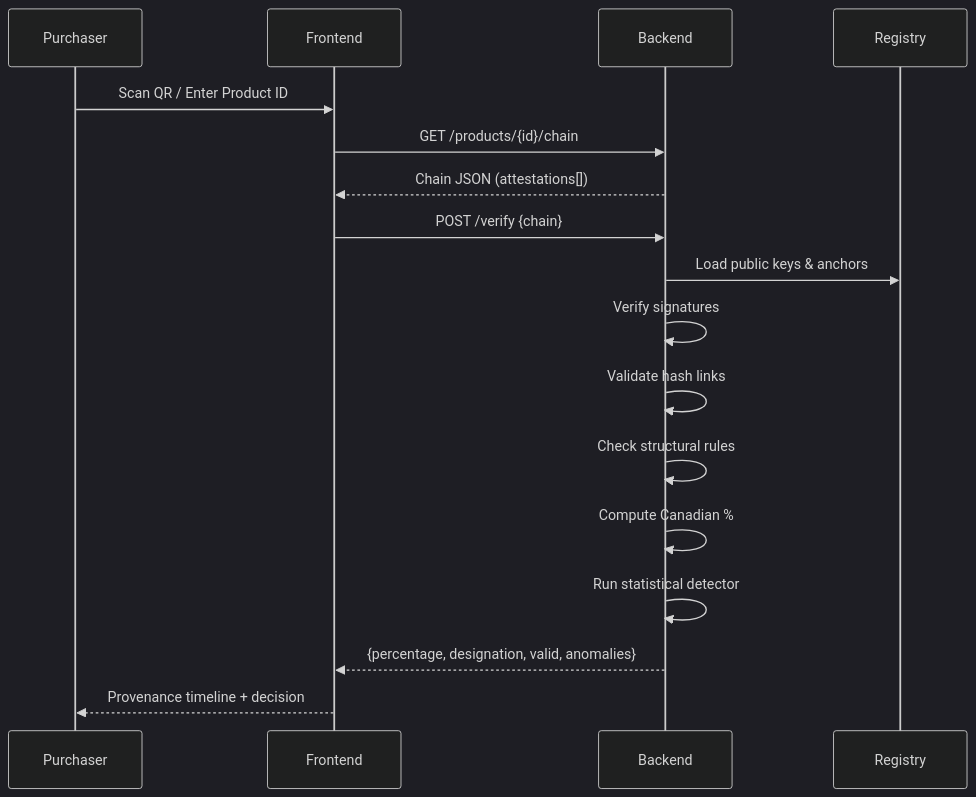
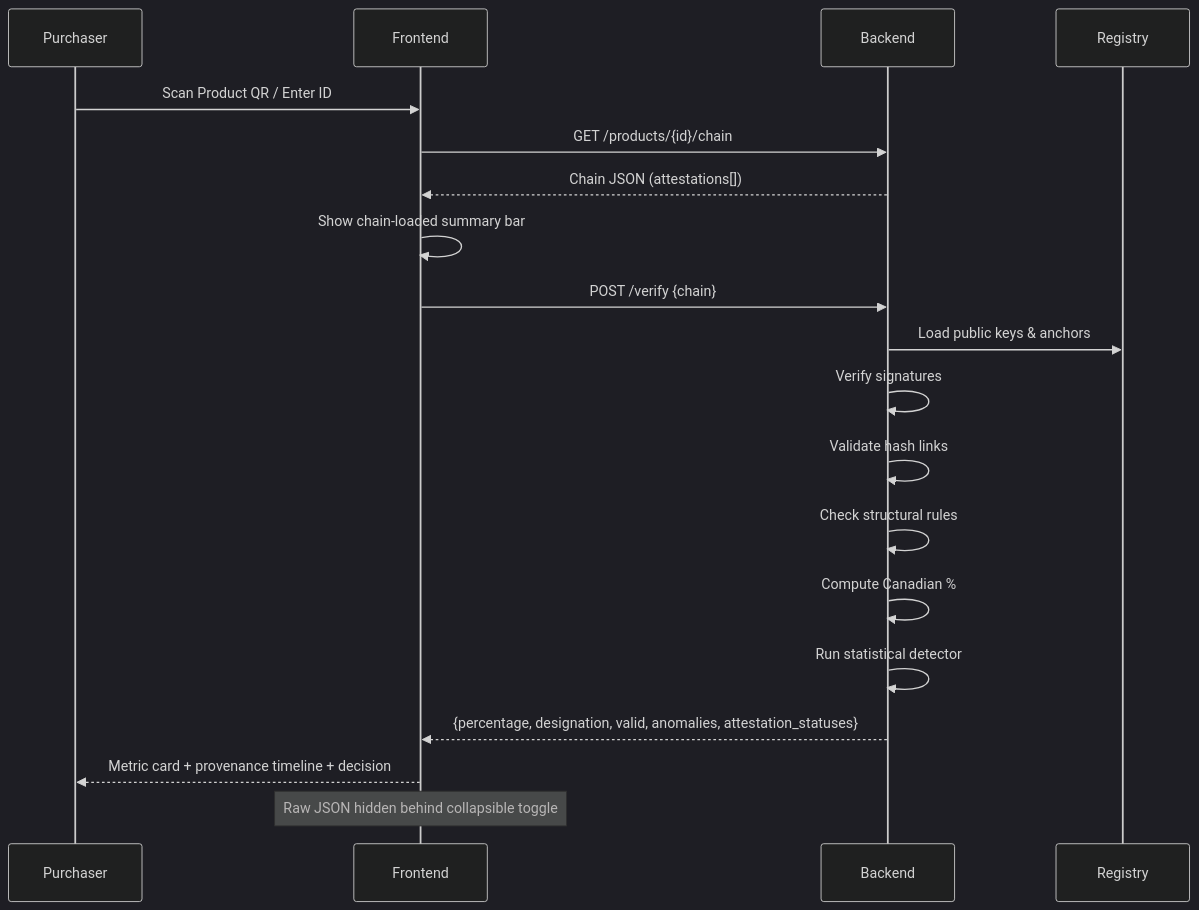
One commit to rahbarahsan/Red-Team-Hackathon changed the fourth of 5 diagrams in ARCHITECTURE.md. Above: the diagram before and after it, drawn with Mermaid (dark theme). The commit also changed other lines of this file and 2 other files, not shown here.

Commit message:
feat: add product lookup QR + attestation QR side-by-side, update architecture docs

````diff
--- a/ARCHITECTURE.md
+++ b/ARCHITECTURE.md
@@ -105,20 +107,22 @@
 ```mermaid
 sequenceDiagram
     participant U as Purchaser
     participant FE as Frontend
     participant BE as Backend
     participant REG as Registry
 
-    U->>FE: Scan QR / Enter Product ID
+    U->>FE: Scan Product QR / Enter ID
     FE->>BE: GET /products/{id}/chain
     BE-->>FE: Chain JSON (attestations[])
+    FE->>FE: Show chain-loaded summary bar
     FE->>BE: POST /verify {chain}
     BE->>REG: Load public keys & anchors
     BE->>BE: Verify signatures
     BE->>BE: Validate hash links
     BE->>BE: Check structural rules
     BE->>BE: Compute Canadian %
     BE->>BE: Run statistical detector
-    BE-->>FE: {percentage, designation, valid, anomalies}
-    FE-->>U: Provenance timeline + decision
+    BE-->>FE: {percentage, designation, valid, anomalies, attestation_statuses}
+    FE-->>U: Metric card + provenance timeline + decision
+    Note over FE: Raw JSON hidden behind collapsible toggle
 ```
````
